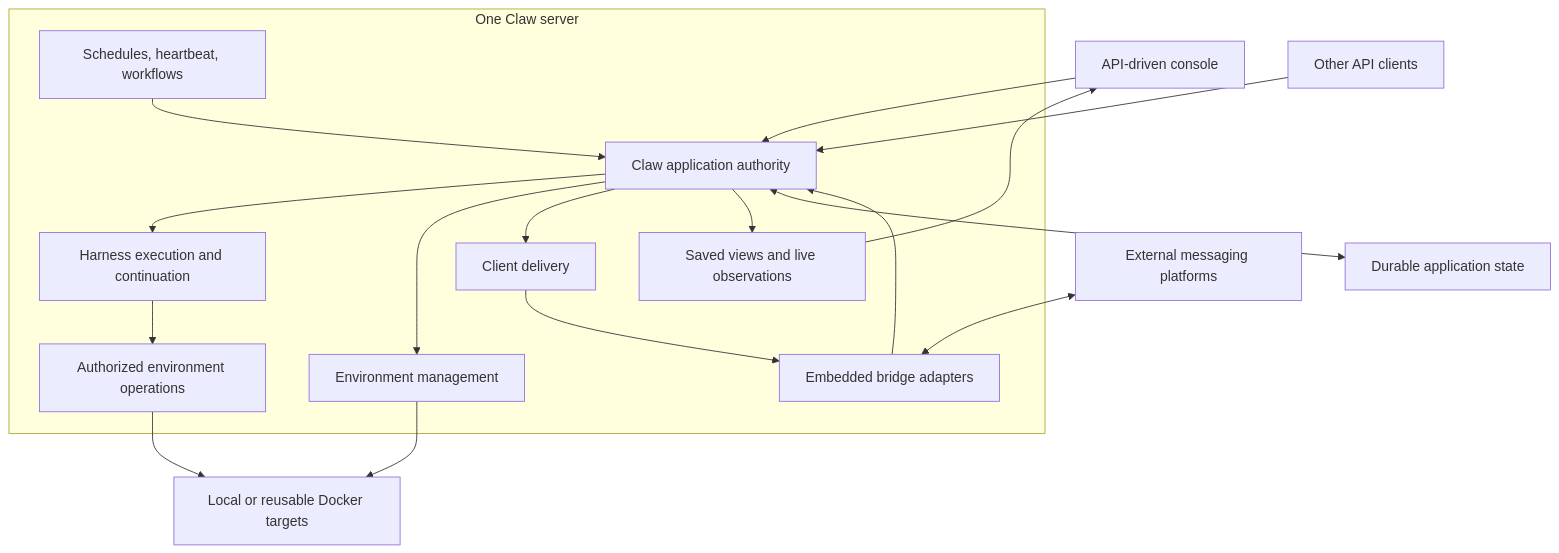
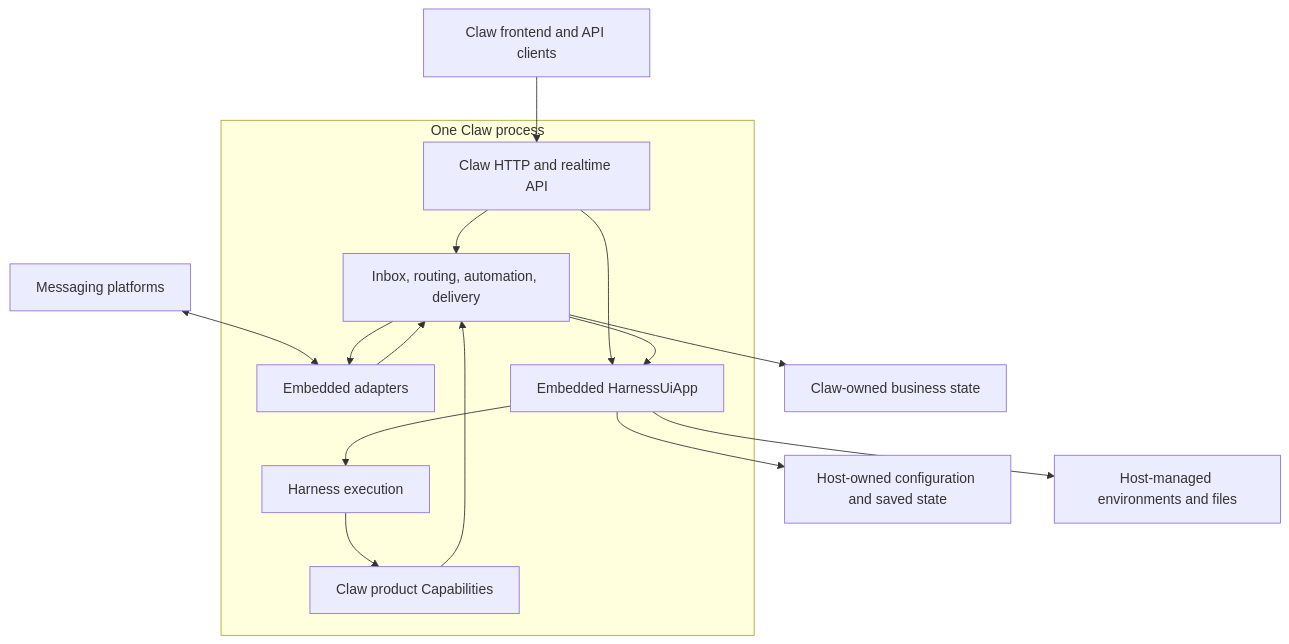
One commit to Wh1isper/a13n-claw changed the diagram in spec/00-overview.md. Above: the diagram before and after it, drawn with Mermaid. The commit also changed other lines of this file and 16 other files, not shown here.

First line of the commit message:
docs(spec): define Claw as an embedded Harness UI product (#32)

````diff
--- a/spec/00-overview.md
+++ b/spec/00-overview.md
@@ -26,20 +11,18 @@
 ```mermaid
 flowchart TB
-    Console[API-driven console] --> App
-    API[Other API clients] --> App
-    Platforms[External messaging platforms] <--> Bridges
-    subgraph Server[One Claw server]
-        Bridges[Embedded bridge adapters] --> App[Claw application authority]
-        Automation[Schedules, heartbeat, workflows] --> App
-        App --> Harness[Harness execution and continuation]
-        App --> Management[Environment management]
-        App --> Delivery[Client delivery]
-        Delivery --> Bridges
-        App --> Views[Saved views and live observations]
-        Harness --> Access[Authorized environment operations]
+    Frontend[Claw frontend and API clients] --> API
+    Platforms[Messaging platforms] <--> Bridges
+    subgraph Process[One Claw process]
+        API[Claw HTTP and realtime API] --> Product
+        API --> Host
+        Bridges[Embedded adapters] --> Product
+        Product[Inbox, routing, automation, delivery] --> Host
+        Host[Embedded HarnessUiApp] --> Harness
+        Harness[Harness execution] --> Tools[Claw product Capabilities]
+        Tools --> Product
+        Product --> Bridges
     end
-    App <--> State[Durable application state]
-    Management --> Targets[Local or reusable Docker targets]
-    Access --> Targets
-    Views --> Console
+    Host --> HostState[Host-owned configuration and saved state]
+    Product --> BusinessState[Claw-owned business state]
+    Host --> Environment[Host-managed environments and files]
 ```
````
